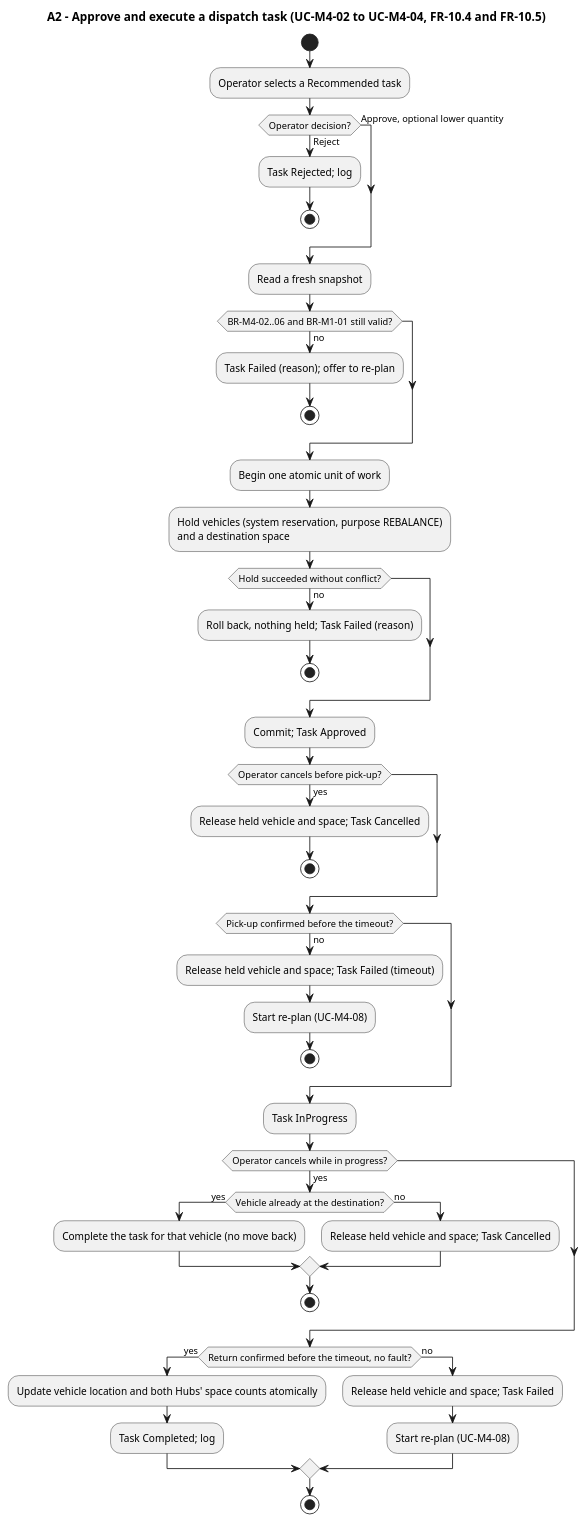
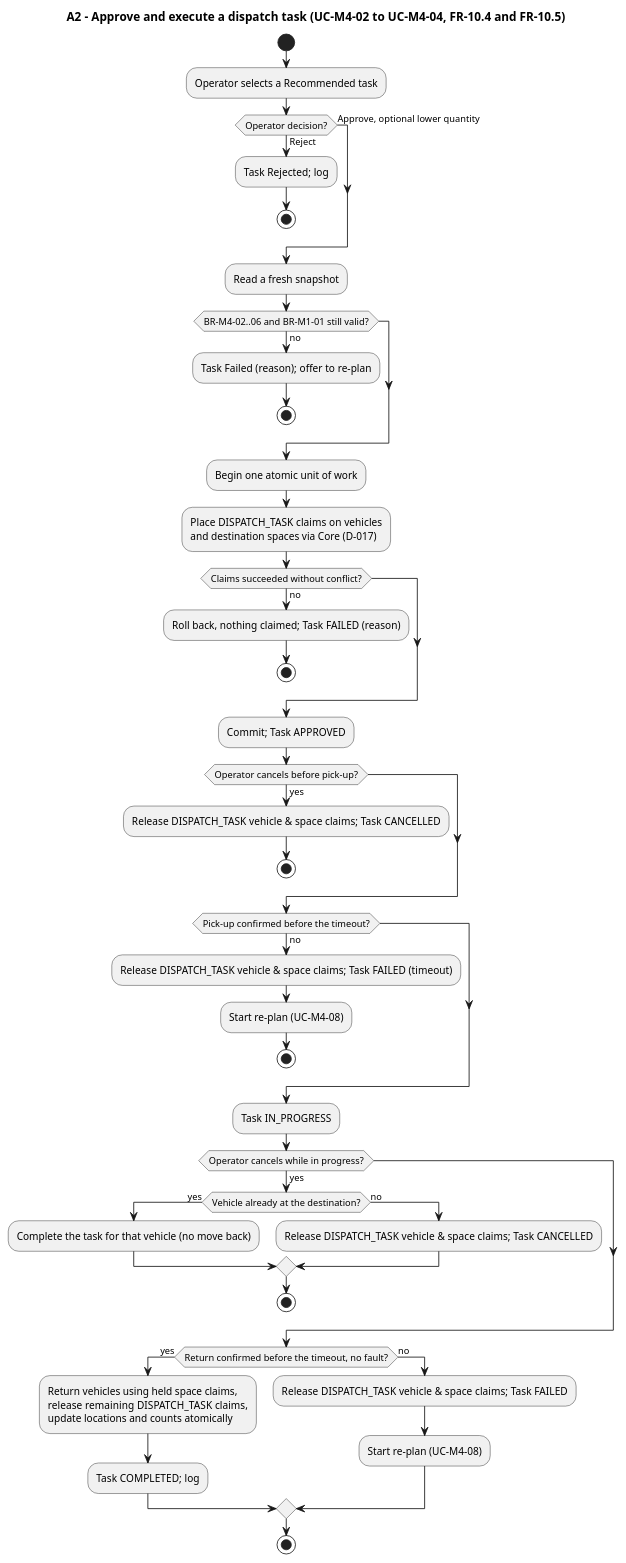
The diagram in docs/design/behavioral/allocation-diagrams/a2-approve-execute.puml (MabC06/smart-e-mobility-hub), drawn with PlantUML before and after one commit. The commit also changed 14 other files, not shown here.

First line of the commit message:
docs(allocation): align dispatch claim flows with D-017 (FR-10)

```diff
--- a/docs/design/behavioral/allocation-diagrams/a2-approve-execute.puml
+++ b/docs/design/behavioral/allocation-diagrams/a2-approve-execute.puml
@@ -1,50 +1,50 @@
 @startuml
 title A2 - Approve and execute a dispatch task (UC-M4-02 to UC-M4-04, FR-10.4 and FR-10.5)
 skinparam shadowing false
 skinparam defaultFontName Arial
 start
 :Operator selects a Recommended task;
 if (Operator decision?) then (Reject)
   :Task Rejected; log;
   stop
 else (Approve, optional lower quantity)
 endif
 :Read a fresh snapshot;
 if (BR-M4-02..06 and BR-M1-01 still valid?) then (no)
   :Task Failed (reason); offer to re-plan;
   stop
 endif
 :Begin one atomic unit of work;
-:Hold vehicles (system reservation, purpose REBALANCE)\nand a destination space;
-if (Hold succeeded without conflict?) then (no)
-  :Roll back, nothing held; Task Failed (reason);
+:Place DISPATCH_TASK claims on vehicles\nand destination spaces via Core (D-017);
+if (Claims succeeded without conflict?) then (no)
+  :Roll back, nothing claimed; Task FAILED (reason);
   stop
 endif
-:Commit; Task Approved;
+:Commit; Task APPROVED;
 if (Operator cancels before pick-up?) then (yes)
-  :Release held vehicle and space; Task Cancelled;
+  :Release DISPATCH_TASK vehicle & space claims; Task CANCELLED;
   stop
 endif
 if (Pick-up confirmed before the timeout?) then (no)
-  :Release held vehicle and space; Task Failed (timeout);
+  :Release DISPATCH_TASK vehicle & space claims; Task FAILED (timeout);
   :Start re-plan (UC-M4-08);
   stop
 endif
-:Task InProgress;
+:Task IN_PROGRESS;
 if (Operator cancels while in progress?) then (yes)
   if (Vehicle already at the destination?) then (yes)
     :Complete the task for that vehicle (no move back);
   else (no)
-    :Release held vehicle and space; Task Cancelled;
+    :Release DISPATCH_TASK vehicle & space claims; Task CANCELLED;
   endif
   stop
 endif
 if (Return confirmed before the timeout, no fault?) then (yes)
-  :Update vehicle location and both Hubs' space counts atomically;
-  :Task Completed; log;
+  :Return vehicles using held space claims,\nrelease remaining DISPATCH_TASK claims,\nupdate locations and counts atomically;
+  :Task COMPLETED; log;
 else (no)
-  :Release held vehicle and space; Task Failed;
+  :Release DISPATCH_TASK vehicle & space claims; Task FAILED;
   :Start re-plan (UC-M4-08);
 endif
 stop
 @enduml
```
